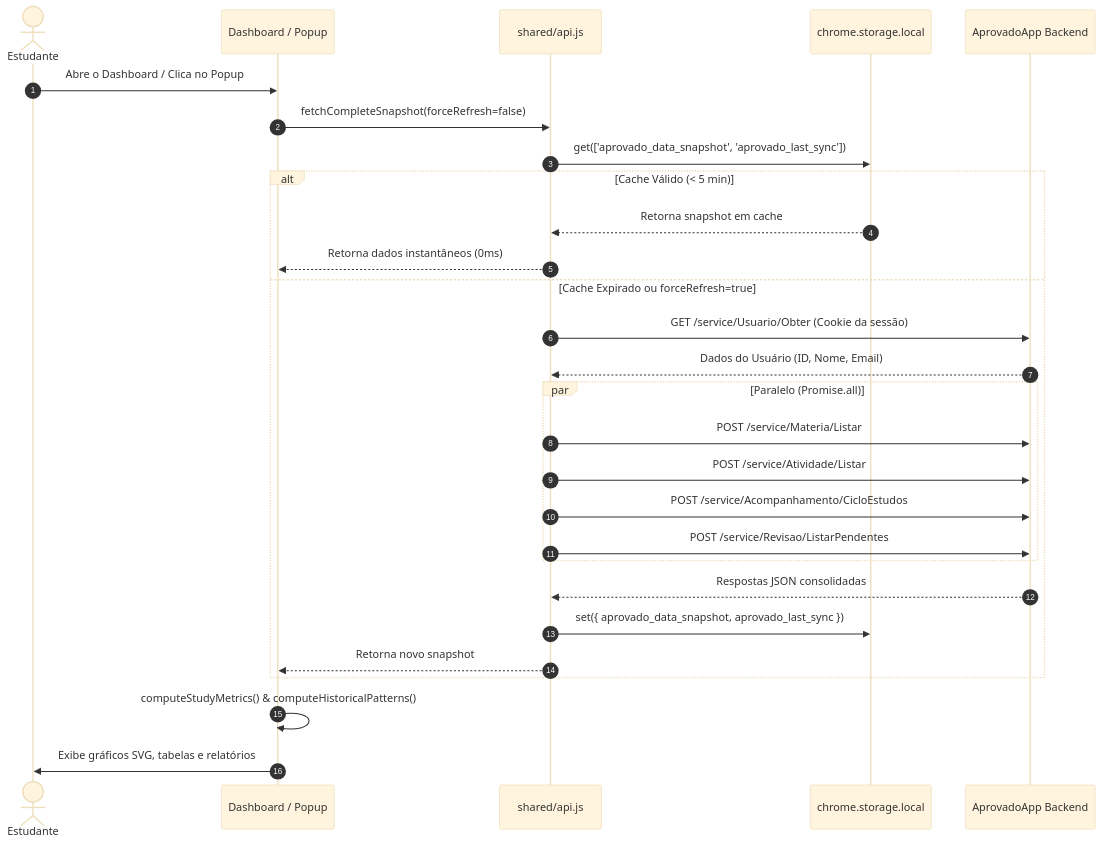
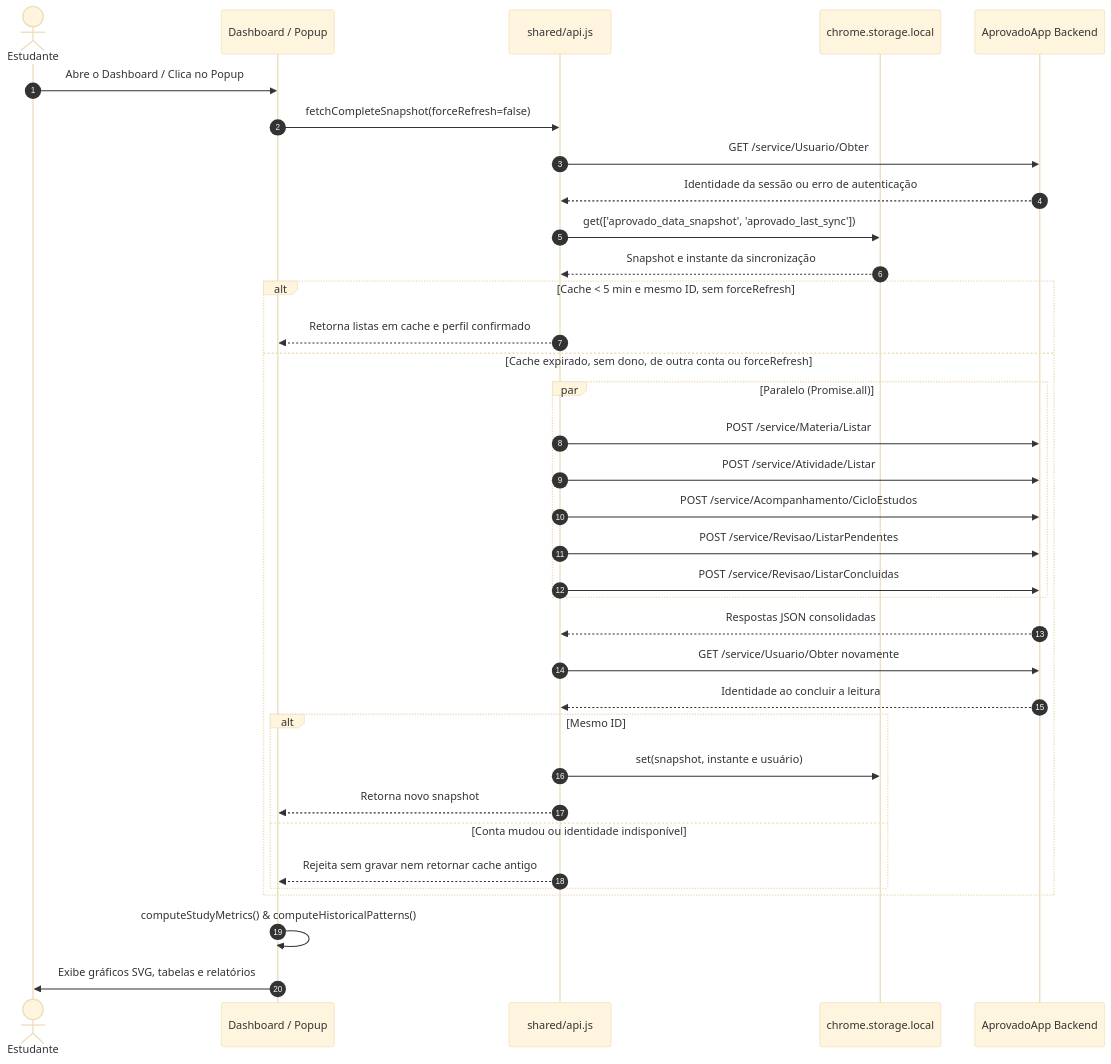
One commit to prof-ramos/aprovado-tools changed the second of 3 diagrams in ARCHITECTURE.md. Above: the diagram before and after it, drawn with Mermaid (base theme). The commit also changed other lines of this file and 5 other files, not shown here.

````diff
--- a/ARCHITECTURE.md
+++ b/ARCHITECTURE.md
@@ -81,35 +81,41 @@
 ```mermaid
 sequenceDiagram
     autonumber
     actor User as Estudante
     participant UI as Dashboard / Popup
     participant API as shared/api.js
     participant Storage as chrome.storage.local
     participant Server as AprovadoApp Backend
 
     User->>UI: Abre o Dashboard / Clica no Popup
     UI->>API: fetchCompleteSnapshot(forceRefresh=false)
+    API->>Server: GET /service/Usuario/Obter
+    Server-->>API: Identidade da sessão ou erro de autenticação
     API->>Storage: get(['aprovado_data_snapshot', 'aprovado_last_sync'])
+    Storage-->>API: Snapshot e instante da sincronização
     
-    alt Cache Válido (< 5 min)
-        Storage-->>API: Retorna snapshot em cache
-        API-->>UI: Retorna dados instantâneos (0ms)
-    else Cache Expirado ou forceRefresh=true
-        API->>Server: GET /service/Usuario/Obter (Cookie da sessão)
-        Server-->>API: Dados do Usuário (ID, Nome, Email)
-        
+    alt Cache < 5 min e mesmo ID, sem forceRefresh
+        API-->>UI: Retorna listas em cache e perfil confirmado
+    else Cache expirado, sem dono, de outra conta ou forceRefresh
         par Paralelo (Promise.all)
             API->>Server: POST /service/Materia/Listar
             API->>Server: POST /service/Atividade/Listar
             API->>Server: POST /service/Acompanhamento/CicloEstudos
             API->>Server: POST /service/Revisao/ListarPendentes
+            API->>Server: POST /service/Revisao/ListarConcluidas
         end
         
         Server-->>API: Respostas JSON consolidadas
-        API->>Storage: set({ aprovado_data_snapshot, aprovado_last_sync })
-        API-->>UI: Retorna novo snapshot
+        API->>Server: GET /service/Usuario/Obter novamente
+        Server-->>API: Identidade ao concluir a leitura
+        alt Mesmo ID
+            API->>Storage: set(snapshot, instante e usuário)
+            API-->>UI: Retorna novo snapshot
+        else Conta mudou ou identidade indisponível
+            API-->>UI: Rejeita sem gravar nem retornar cache antigo
+        end
     end
 
     UI->>UI: computeStudyMetrics() & computeHistoricalPatterns()
     UI->>User: Exibe gráficos SVG, tabelas e relatórios
 ```
````
